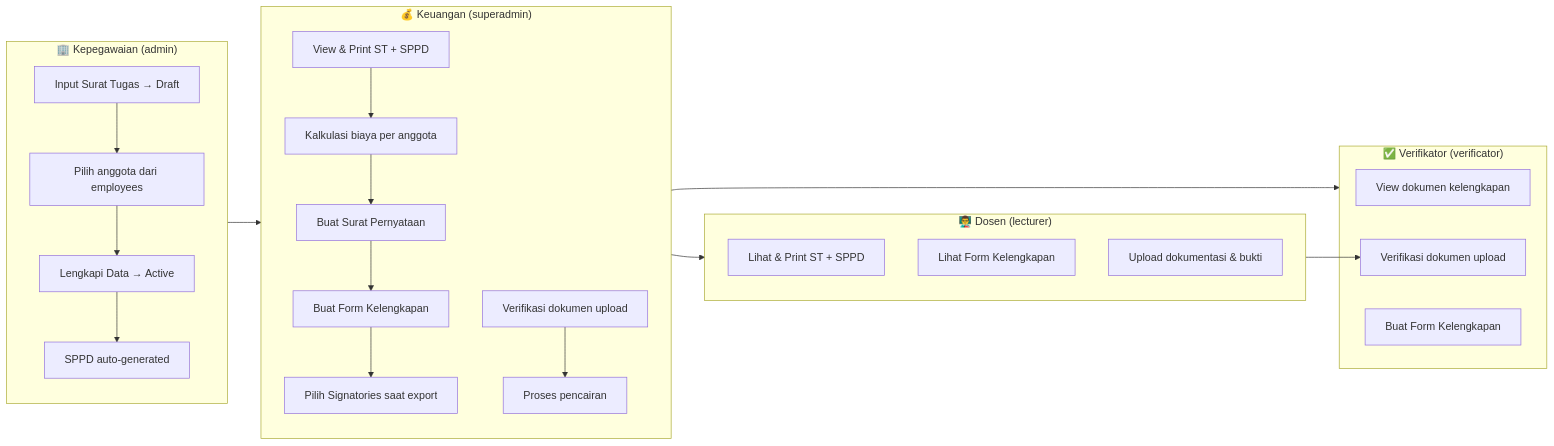
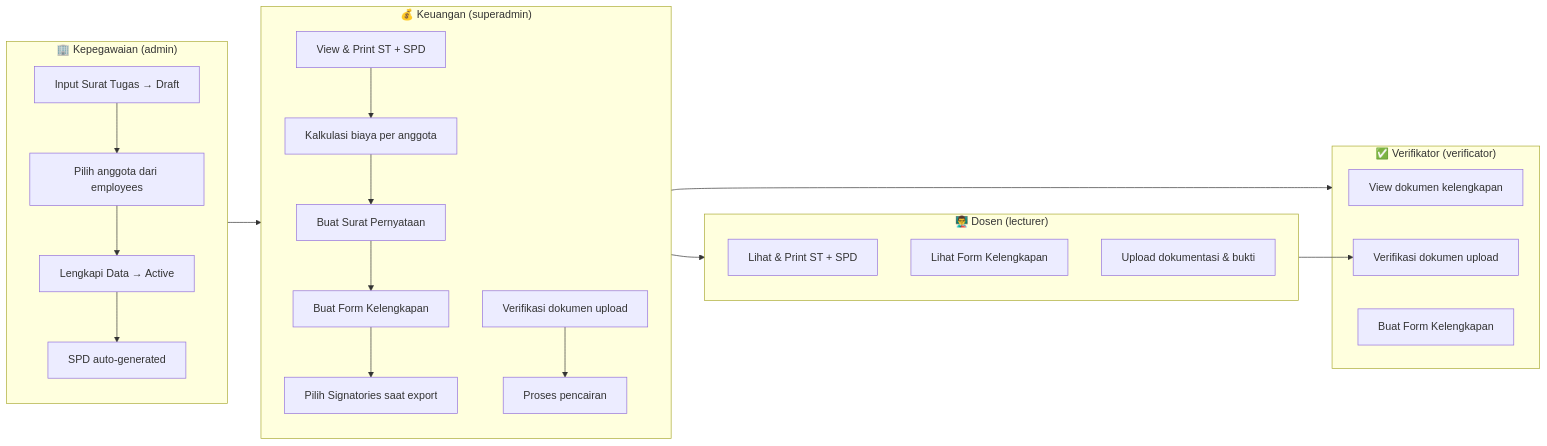
The third of 5 diagrams in perjadin.md (Apriiansh/perjadin-polsri), drawn with Mermaid before and after one commit. The commit also changed other lines of this file and 32 other files, not shown here.

````diff
--- a/perjadin.md
+++ b/perjadin.md
@@ -485,39 +322,39 @@
 ```mermaid
 flowchart LR
     subgraph Kepegawaian["🏢 Kepegawaian (admin)"]
         K1[Input Surat Tugas → Draft]
         K2[Pilih anggota dari employees]
         K3[Lengkapi Data → Active]
-        K4[SPPD auto-generated]
+        K4[SPD auto-generated]
         K1 --> K2 --> K3 --> K4
     end
 
     subgraph Keuangan["💰 Keuangan (superadmin)"]
-        U1[View & Print ST + SPPD]
+        U1[View & Print ST + SPD]
         U2[Kalkulasi biaya per anggota]
         U3[Buat Surat Pernyataan]
         U4[Buat Form Kelengkapan]
         U5[Pilih Signatories saat export]
         U6[Verifikasi dokumen upload]
         U7[Proses pencairan]
         U1 --> U2 --> U3 --> U4 --> U5
         U6 --> U7
     end
 
     subgraph Verifikator["✅ Verifikator (verificator)"]
         V1[View dokumen kelengkapan]
         V2[Verifikasi dokumen upload]
         V3[Buat Form Kelengkapan]
     end
 
     subgraph Dosen["👨‍🏫 Dosen (lecturer)"]
-        D1[Lihat & Print ST + SPPD]
+        D1[Lihat & Print ST + SPD]
         D2[Lihat Form Kelengkapan]
         D3[Upload dokumentasi & bukti]
     end
 
     Kepegawaian --> Keuangan
     Keuangan --> Dosen
     Keuangan --> Verifikator
     Dosen --> V2
 ```
````
